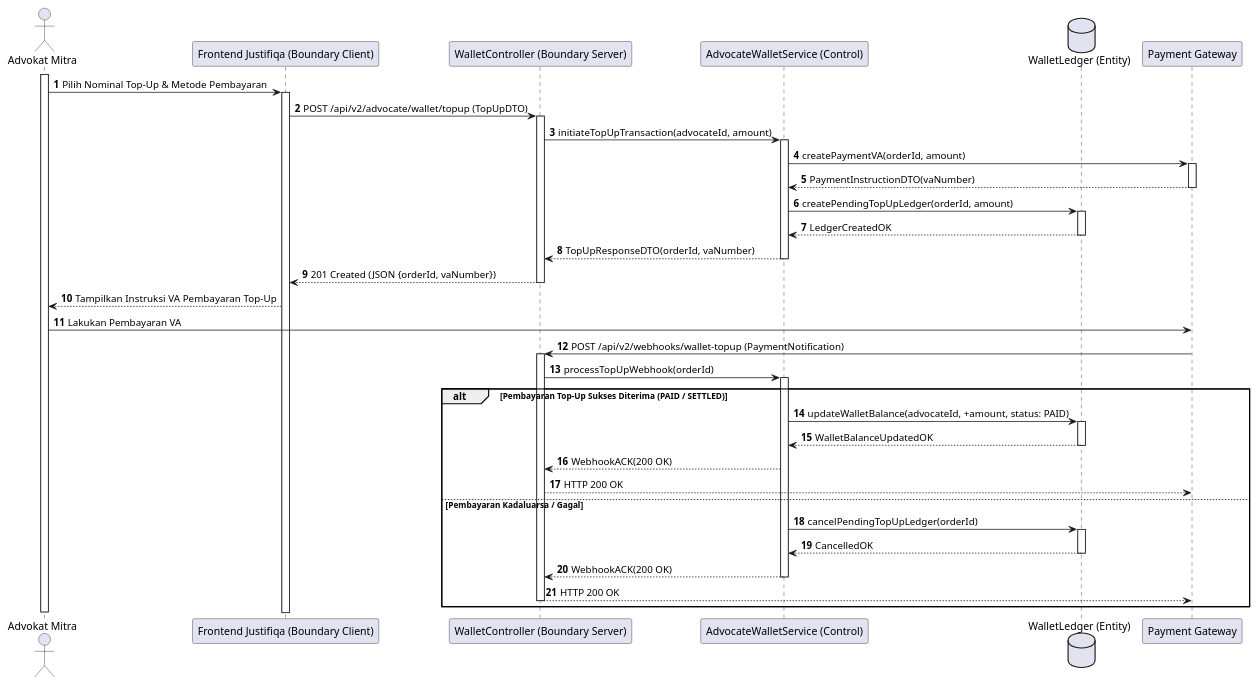
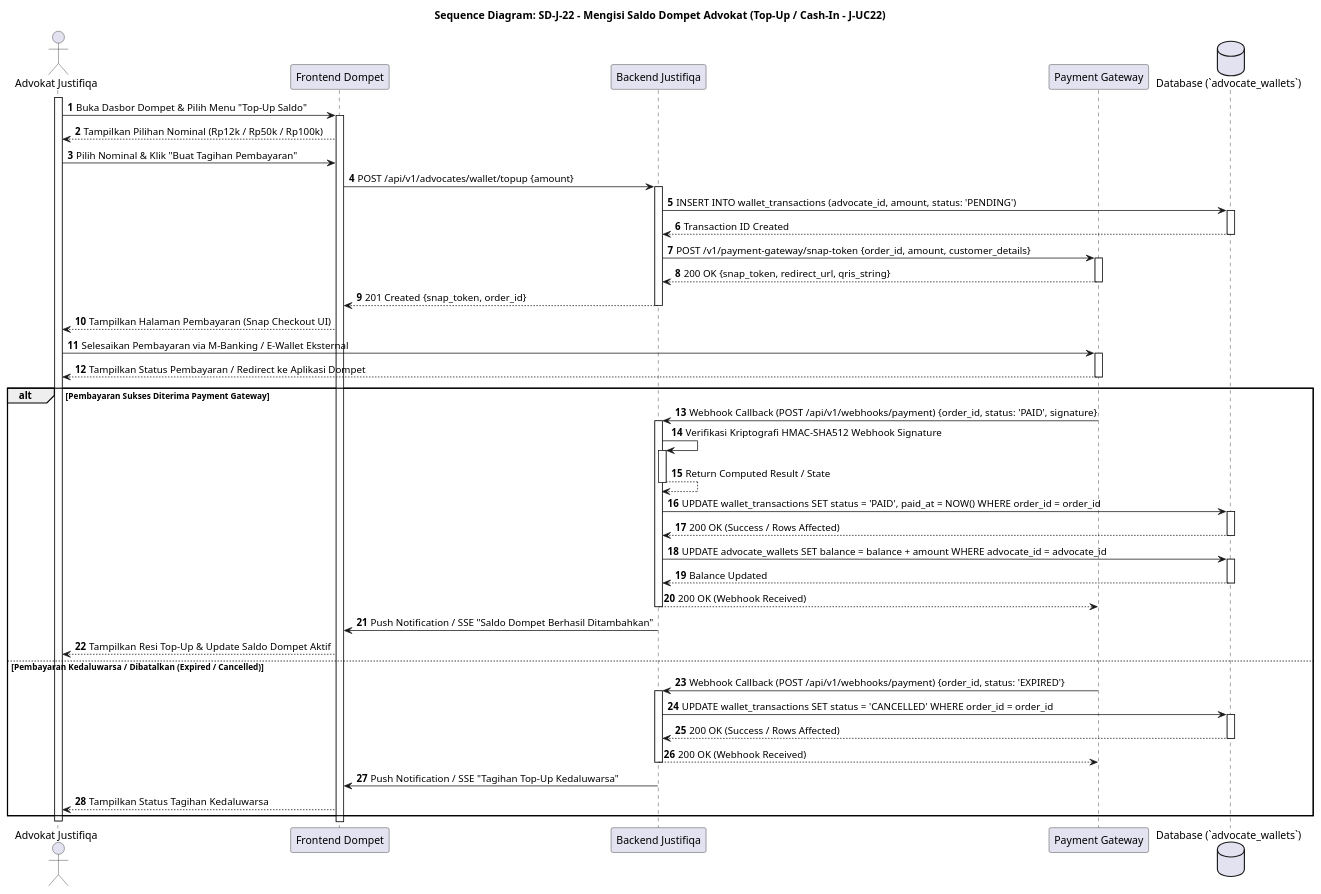
Before and after one commit to tupperwureism/SuperApp-Gagal: diagram 15 of 28 in MarkDown/plantuml_sequence_diagrams.md, drawn with PlantUML. The commit also changed other lines of this file and 3 other files, not shown here.

````diff
--- a/MarkDown/plantuml_sequence_diagrams.md
+++ b/MarkDown/plantuml_sequence_diagrams.md
@@ -870,40 +1158,50 @@
 ```plantuml
 @startuml
+title Sequence Diagram: SD-J-22 - Mengisi Saldo Dompet Advokat (Top-Up / Cash-In - J-UC22)
 autonumber
-actor "Advokat Mitra" as User
-participant "Frontend Justifiqa (Boundary Client)" as B_FE
-participant "WalletController (Boundary Server)" as B_BE
-participant "AdvocateWalletService (Control)" as C_Svc
-database "WalletLedger (Entity)" as E_DB
-participant "Payment Gateway" as Pay
+actor "Advokat Justifiqa" as Mitra
+participant "Frontend Dompet" as FE
+participant "Backend Justifiqa" as BE
+participant "Payment Gateway" as PG
+database "Database (`advocate_wallets`)" as DB
 
-activate User
-User -> B_FE ++ : Pilih Nominal Top-Up & Metode Pembayaran
-B_FE -> B_BE ++ : POST /api/v2/advocate/wallet/topup (TopUpDTO)
-B_BE -> C_Svc ++ : initiateTopUpTransaction(advocateId, amount)
-C_Svc -> Pay ++ : createPaymentVA(orderId, amount)
-Pay --> C_Svc -- : PaymentInstructionDTO(vaNumber)
-C_Svc -> E_DB ++ : createPendingTopUpLedger(orderId, amount)
-E_DB --> C_Svc -- : LedgerCreatedOK
-C_Svc --> B_BE -- : TopUpResponseDTO(orderId, vaNumber)
-B_BE --> B_FE -- : 201 Created (JSON {orderId, vaNumber})
-B_FE --> User : Tampilkan Instruksi VA Pembayaran Top-Up
+activate Mitra
+Mitra -> FE ++ : Buka Dasbor Dompet & Pilih Menu "Top-Up Saldo"
+FE --> Mitra : Tampilkan Pilihan Nominal (Rp12k / Rp50k / Rp100k)
+Mitra -> FE : Pilih Nominal & Klik "Buat Tagihan Pembayaran"
+FE -> BE ++ : POST /api/v1/advocates/wallet/topup {amount}
 
-User -> Pay : Lakukan Pembayaran VA
-Pay -> B_BE ++ : POST /api/v2/webhooks/wallet-topup (PaymentNotification)
-B_BE -> C_Svc ++ : processTopUpWebhook(orderId)
+BE -> DB ++ : INSERT INTO wallet_transactions (advocate_id, amount, status: 'PENDING')
+DB --> BE -- : Transaction ID Created
+BE -> PG ++ : POST /v1/payment-gateway/snap-token {order_id, amount, customer_details}
+PG --> BE -- : 200 OK {snap_token, redirect_url, qris_string}
+BE --> FE -- : 201 Created {snap_token, order_id}
+FE --> Mitra : Tampilkan Halaman Pembayaran (Snap Checkout UI)
 
-alt Pembayaran Top-Up Sukses Diterima (PAID / SETTLED)
-    C_Svc -> E_DB ++ : updateWalletBalance(advocateId, +amount, status: PAID)
-    E_DB --> C_Svc -- : WalletBalanceUpdatedOK
-    C_Svc --> B_BE : WebhookACK(200 OK)
-    B_BE --> Pay : HTTP 200 OK
-else Pembayaran Kadaluarsa / Gagal
-    C_Svc -> E_DB ++ : cancelPendingTopUpLedger(orderId)
-    E_DB --> C_Svc -- : CancelledOK
-    C_Svc --> B_BE -- : WebhookACK(200 OK)
-    B_BE --> Pay -- : HTTP 200 OK
+Mitra -> PG ++ : Selesaikan Pembayaran via M-Banking / E-Wallet Eksternal
+PG --> Mitra -- : Tampilkan Status Pembayaran / Redirect ke Aplikasi Dompet
+
+alt Pembayaran Sukses Diterima Payment Gateway
+    PG -> BE ++ : Webhook Callback (POST /api/v1/webhooks/payment) {order_id, status: 'PAID', signature}
+    BE -> BE ++ : Verifikasi Kriptografi HMAC-SHA512 Webhook Signature
+    BE --> BE -- : Return Computed Result / State
+    BE -> DB ++ : UPDATE wallet_transactions SET status = 'PAID', paid_at = NOW() WHERE order_id = order_id
+    DB --> BE -- : 200 OK (Success / Rows Affected)
+    BE -> DB ++ : UPDATE advocate_wallets SET balance = balance + amount WHERE advocate_id = advocate_id
+    DB --> BE -- : Balance Updated
+    BE --> PG -- : 200 OK (Webhook Received)
+    
+    BE -> FE : Push Notification / SSE "Saldo Dompet Berhasil Ditambahkan"
+    FE --> Mitra : Tampilkan Resi Top-Up & Update Saldo Dompet Aktif
+else Pembayaran Kedaluwarsa / Dibatalkan (Expired / Cancelled)
+    PG -> BE ++ : Webhook Callback (POST /api/v1/webhooks/payment) {order_id, status: 'EXPIRED'}
+    BE -> DB ++ : UPDATE wallet_transactions SET status = 'CANCELLED' WHERE order_id = order_id
+    DB --> BE -- : 200 OK (Success / Rows Affected)
+    BE --> PG -- : 200 OK (Webhook Received)
+    
+    BE -> FE : Push Notification / SSE "Tagihan Top-Up Kedaluwarsa"
+    FE --> Mitra : Tampilkan Status Tagihan Kedaluwarsa
 end
-deactivate User
+deactivate Mitra
 @enduml
 ```
````
